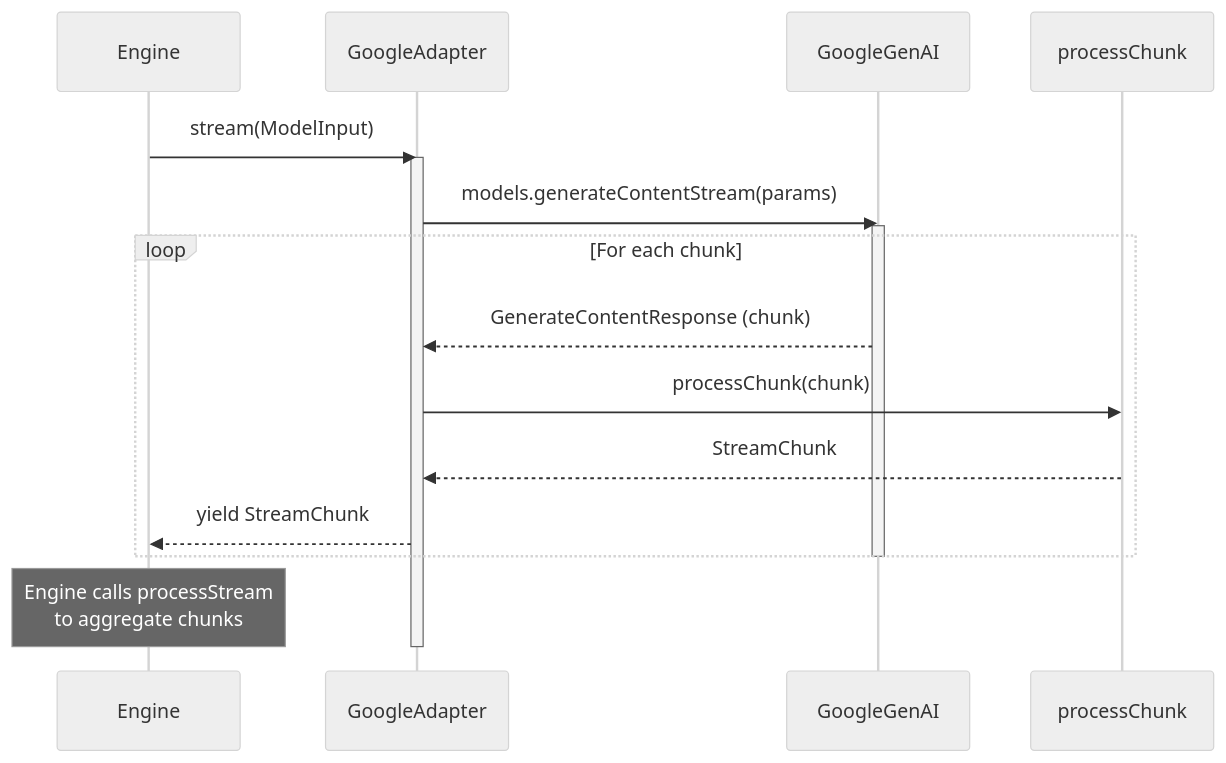
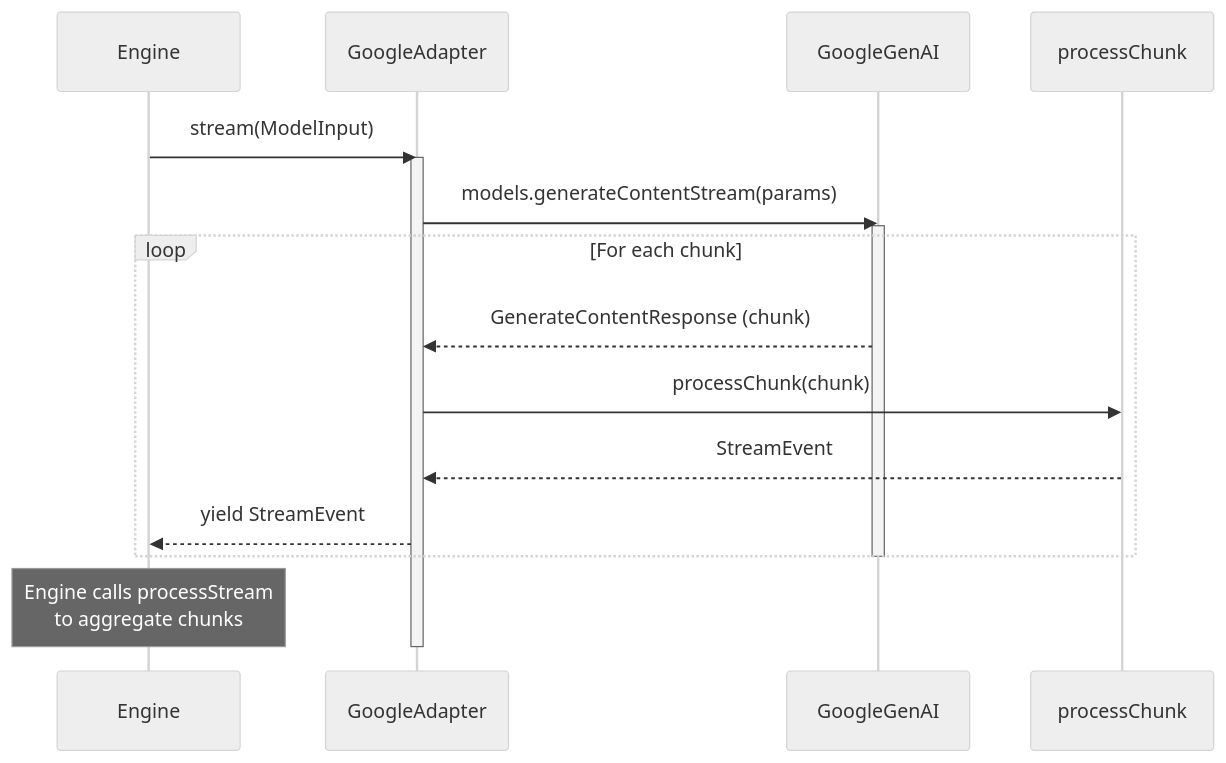
Before and after one commit to rlindgren/aidk: the third of 3 diagrams in packages/adapters/google/ARCHITECTURE.md, drawn with Mermaid (neutral theme). The commit also changed other lines of this file and 76 other files, not shown here.

````diff
--- a/packages/adapters/google/ARCHITECTURE.md
+++ b/packages/adapters/google/ARCHITECTURE.md
@@ -362,26 +362,26 @@
 ```mermaid
 sequenceDiagram
     participant Engine
     participant Adapter as GoogleAdapter
     participant Client as GoogleGenAI
     participant Chunk as processChunk
 
     Engine->>Adapter: stream(ModelInput)
     activate Adapter
 
     Adapter->>Client: models.generateContentStream(params)
     activate Client
 
     loop For each chunk
         Client-->>Adapter: GenerateContentResponse (chunk)
         Adapter->>Chunk: processChunk(chunk)
-        Chunk-->>Adapter: StreamChunk
-        Adapter-->>Engine: yield StreamChunk
+        Chunk-->>Adapter: StreamEvent
+        Adapter-->>Engine: yield StreamEvent
     end
 
     deactivate Client
 
     Note over Engine: Engine calls processStream<br/>to aggregate chunks
 
     deactivate Adapter
 ```
````
